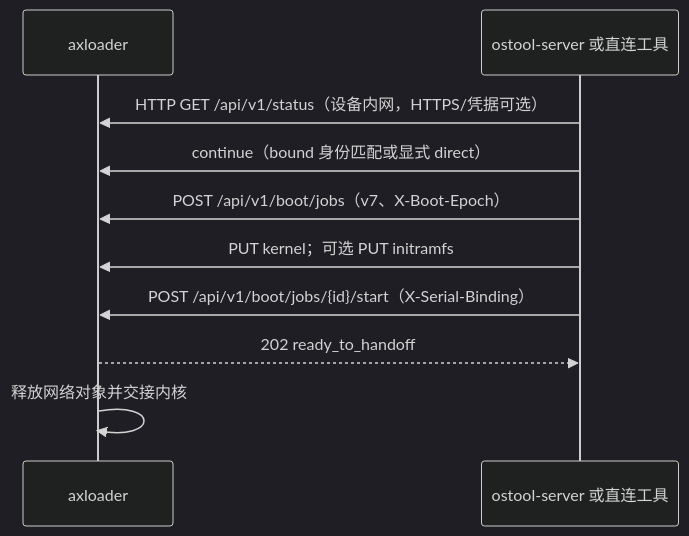
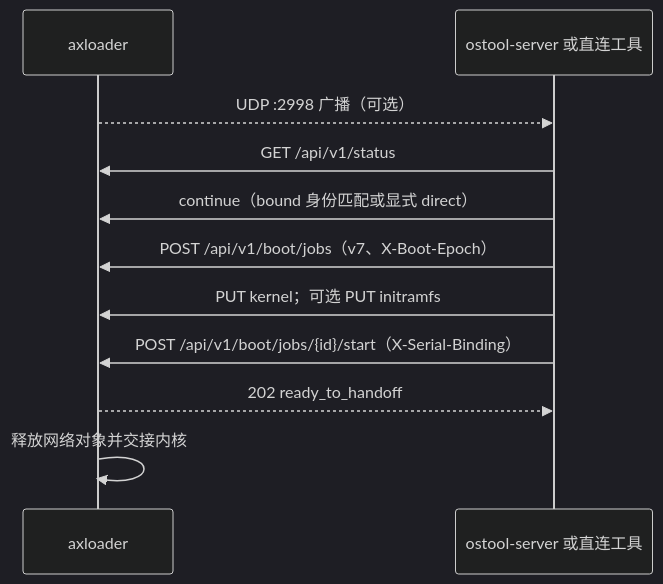
One commit to drivercraft/ostool changed the diagram in docs/axloader-network-control.md. Above: the diagram before and after it, drawn with Mermaid (dark theme). The commit also changed other lines of this file and 66 other files, not shown here.

First line of the commit message:
Refactor server URL from HTTPS to HTTP across configuration files

````diff
--- a/docs/axloader-network-control.md
+++ b/docs/axloader-network-control.md
@@ -53,12 +53,13 @@
 ```mermaid
 sequenceDiagram
     participant L as axloader
     participant S as ostool-server 或直连工具
-    S->>L: HTTP GET /api/v1/status（设备内网，HTTPS/凭据可选）
+    L-->>S: UDP :2998 广播（可选）
+    S->>L: GET /api/v1/status
     S->>L: continue（bound 身份匹配或显式 direct）
     S->>L: POST /api/v1/boot/jobs（v7、X-Boot-Epoch）
     S->>L: PUT kernel；可选 PUT initramfs
     S->>L: POST /api/v1/boot/jobs/{id}/start（X-Serial-Binding）
     L-->>S: 202 ready_to_handoff
     L->>L: 释放网络对象并交接内核
 ```
````
